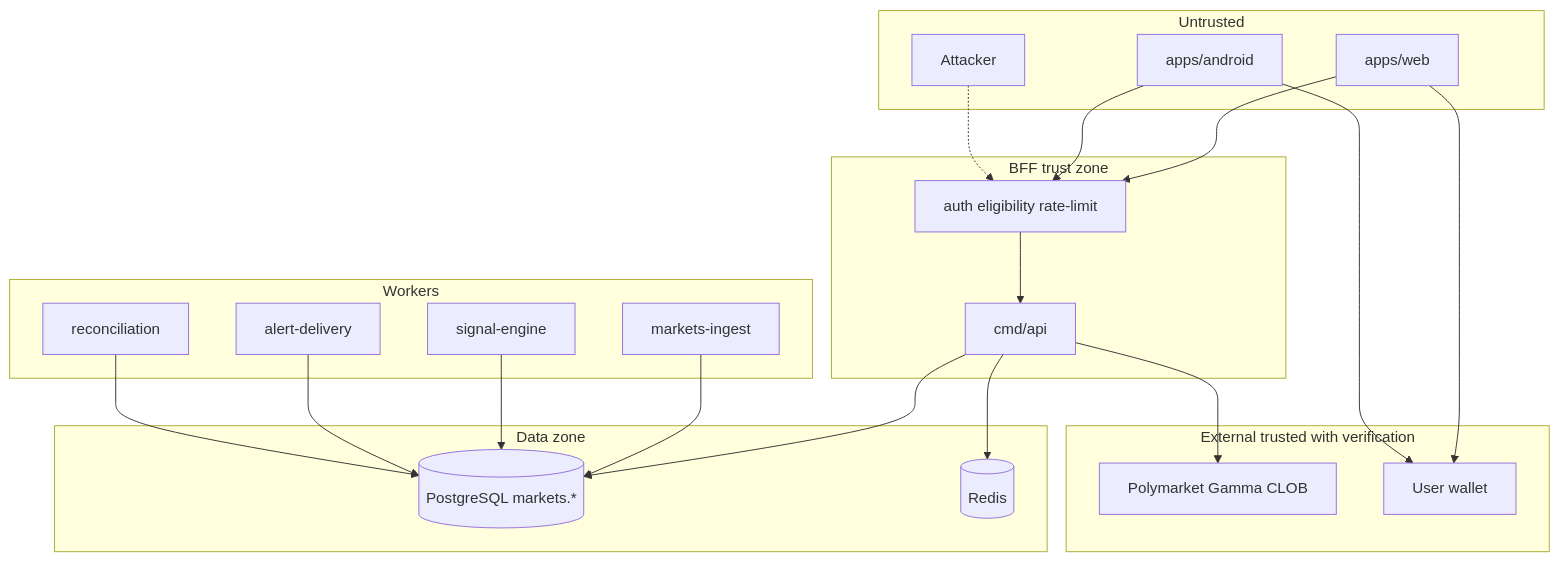
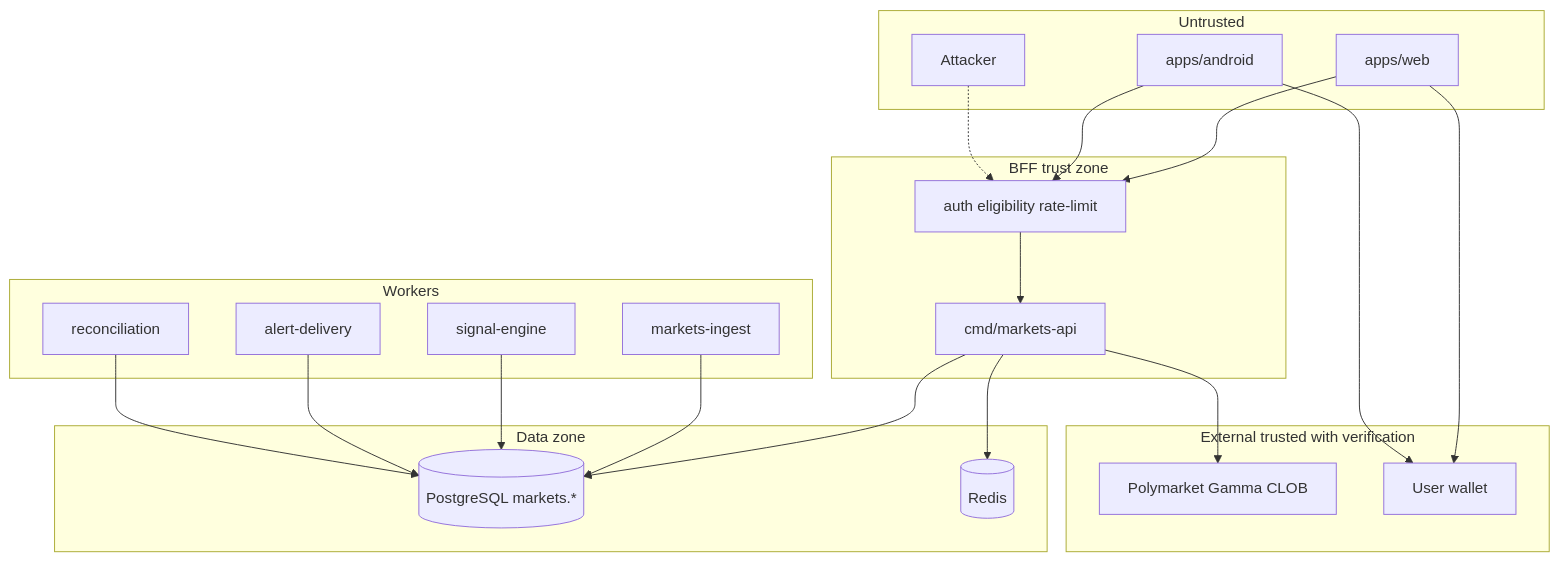
Before and after one commit to RetroPick/monorepo-base: the diagram in .dev/markets-v1/security/THREAT_MODEL.md, drawn with Mermaid. The commit also changed other lines of this file and 395 other files, not shown here.

````diff
--- a/.dev/markets-v1/security/THREAT_MODEL.md
+++ b/.dev/markets-v1/security/THREAT_MODEL.md
@@ -115,39 +115,39 @@
 ```mermaid
 flowchart TB
   subgraph untrusted [Untrusted]
     Web[apps/web]
     Android[apps/android]
     Attacker[Attacker]
   end
   subgraph dmz [BFF trust zone]
-    API[cmd/api]
+    API[cmd/markets-api]
     MW[auth eligibility rate-limit]
   end
   subgraph data [Data zone]
     PG[(PostgreSQL markets.*)]
     Redis[(Redis)]
   end
   subgraph workers [Workers]
     ING[markets-ingest]
     SIG[signal-engine]
     ALT[alert-delivery]
     REC[reconciliation]
   end
   subgraph external [External trusted with verification]
     PM[Polymarket Gamma CLOB]
     Wallet[User wallet]
   end
   Web --> MW
   Android --> MW
   Attacker -.-> MW
   MW --> API
   API --> PG
   API --> Redis
   ING --> PG
   SIG --> PG
   ALT --> PG
   REC --> PG
   API --> PM
   Web --> Wallet
   Android --> Wallet
 ```
````
